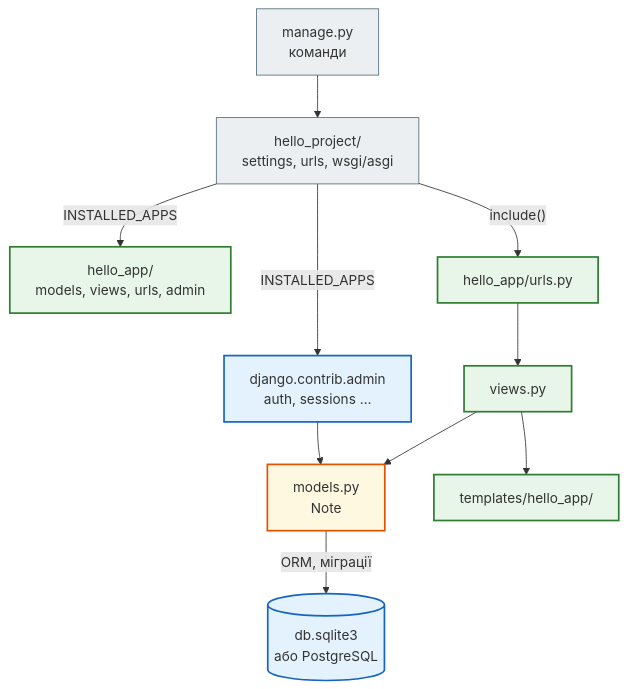
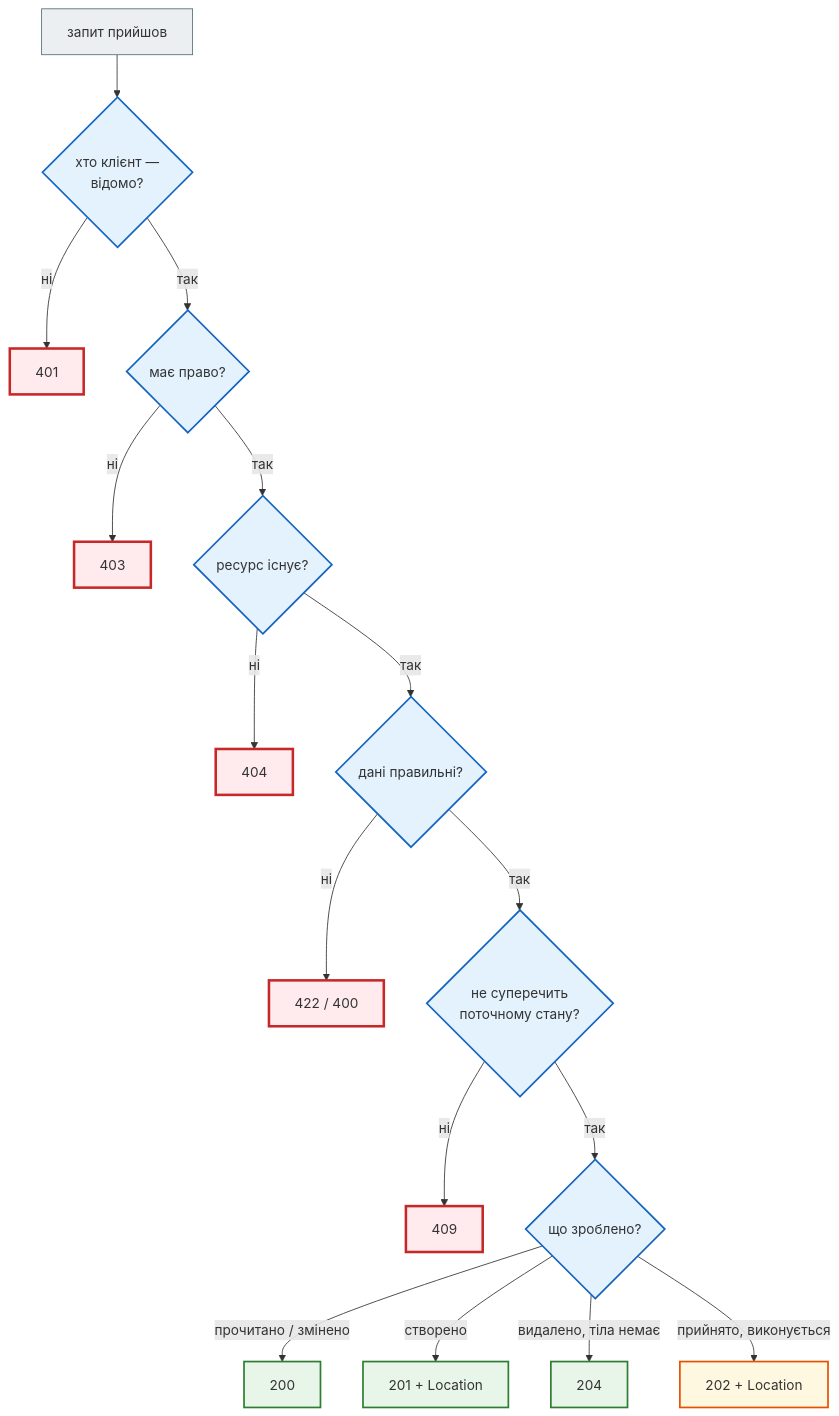
The fourth of 7 diagrams in docs/modules/m4/lesson_33.md (AlinaRadchenko/PY-Course-Victor-Nikoriak-22-09-2026), drawn with Mermaid before and after one commit. The commit also changed other lines of this file and 1846 other files, not shown here.

````diff
--- a/docs/modules/m4/lesson_33.md
+++ b/docs/modules/m4/lesson_33.md
@@ -633,24 +504,30 @@
 ```mermaid
 flowchart TD
     classDef step     fill:#eceff1,stroke:#546e7a,stroke-width:1px;
     classDef decision fill:#e3f2fd,stroke:#1565c0,stroke-width:2px;
     classDef success  fill:#e8f5e9,stroke:#2e7d32,stroke-width:2px;
     classDef error    fill:#ffebee,stroke:#c62828,stroke-width:3px;
     classDef warning  fill:#fff8e1,stroke:#e65100,stroke-width:2px;
 
-    M["manage.py<br>команди"] --> P["hello_project/<br>settings, urls, wsgi/asgi"]
-    P -- "INSTALLED_APPS" --> A["hello_app/<br>models, views, urls, admin"]
-    P -- "INSTALLED_APPS" --> ADM["django.contrib.admin<br>auth, sessions …"]
-    P -- "include()" --> AU["hello_app/urls.py"]
-    AU --> V["views.py"]
-    V --> MD["models.py<br>Note"]
-    V --> T["templates/hello_app/"]
-    MD -- "ORM, міграції" --> DB[("db.sqlite3<br>або PostgreSQL")]
-    ADM --> MD
+    A["запит прийшов"] --> B{"хто клієнт —<br>відомо?"}
+    B -- ні --> E401["401"]
+    B -- так --> C{"має право?"}
+    C -- ні --> E403["403"]
+    C -- так --> D{"ресурс існує?"}
+    D -- ні --> E404["404"]
+    D -- так --> F{"дані правильні?"}
+    F -- ні --> E422["422 / 400"]
+    F -- так --> G{"не суперечить<br>поточному стану?"}
+    G -- ні --> E409["409"]
+    G -- так --> H{"що зроблено?"}
+    H -- "прочитано / змінено" --> S200["200"]
+    H -- "створено" --> S201["201 + Location"]
+    H -- "видалено, тіла немає" --> S204["204"]
+    H -- "прийнято, виконується" --> S202["202 + Location"]
 
-    class M,P step
-    class A,AU,V,T success
-    class ADM decision
-    class MD warning
-    class DB decision
+    class A step
+    class B,C,D,F,G,H decision
+    class E401,E403,E404,E422,E409 error
+    class S200,S201,S204 success
+    class S202 warning
 ```
````
